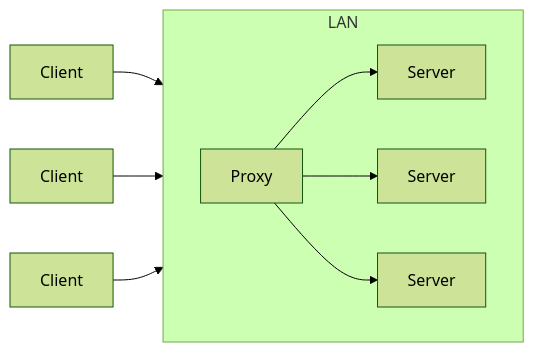
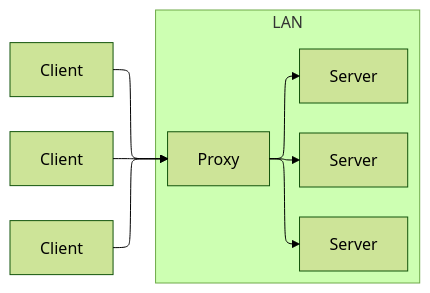
Before and after one commit to haroldzkx/minedocs: the second of 2 diagrams in web/proxy.md, drawn with Mermaid (forest theme). The commit also changed other lines of this file, not shown here.

````diff
--- a/web/proxy.md
+++ b/web/proxy.md
@@ -24,22 +25,29 @@
 ```mermaid
-graph LR
+---
+config:
+  layout: elk
+  elk:
+    mergeEdges: true
+    nodePlacementStrategy: LINEAR_SEGMENTS
+---
+flowchart LR
 
 A[Client]
 B[Client]
 C[Client]
 
 subgraph LAN
     direction LR
     P[Proxy]
     S1[Server]
     S2[Server]
     S3[Server]
 end
 
 A --> P
 B --> P
 C --> P
 P --> S1
 P --> S2
 P --> S3
 ```
````
